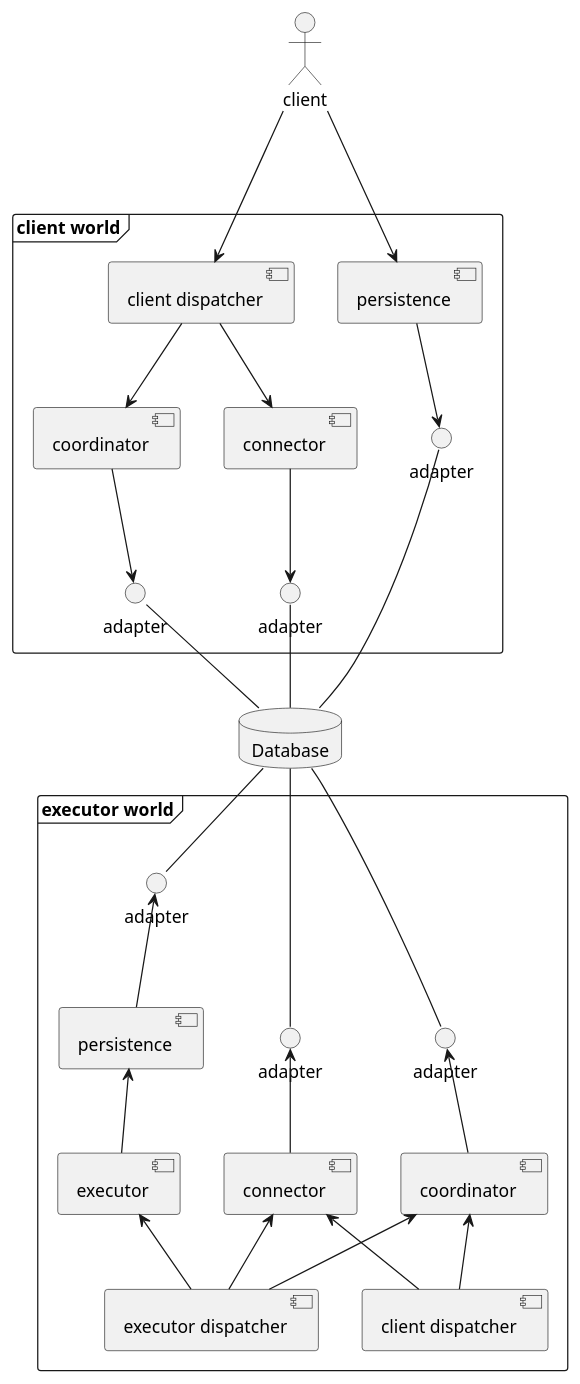
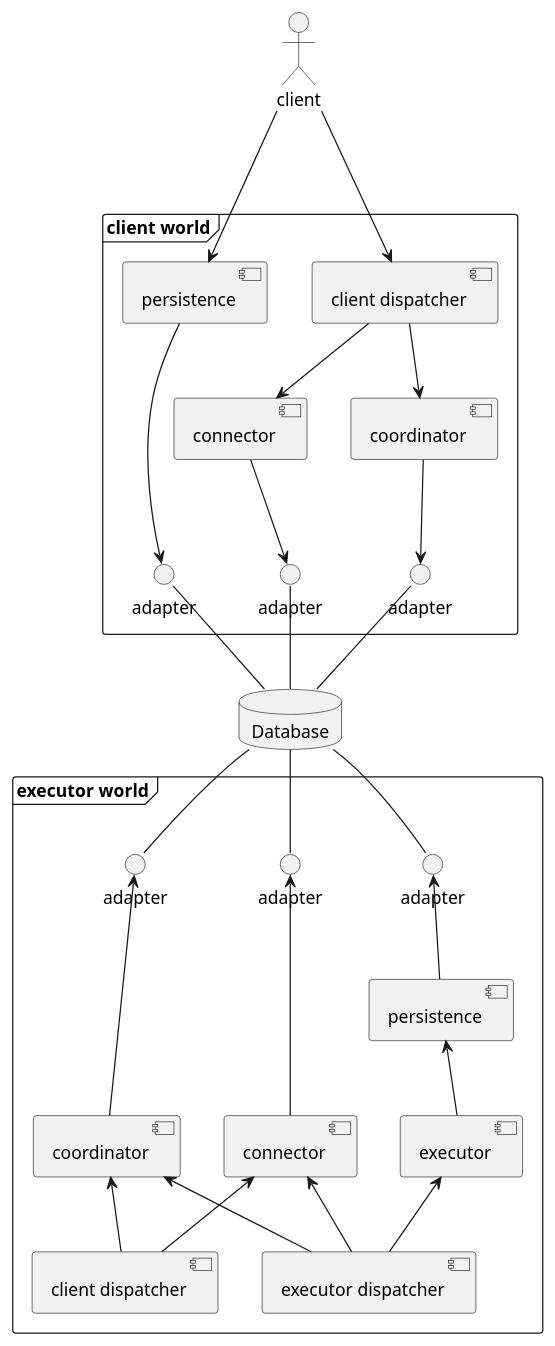
The third of 4 diagrams in doc/pages/source/documentation/index.md (Dynflow/dynflow), drawn with PlantUML before and after one commit. The commit also changed other lines of this file, not shown here.

Commit message:
Better layout for UML diagrams

```diff
--- a/doc/pages/source/documentation/index.md
+++ b/doc/pages/source/documentation/index.md
@@ -1094,47 +1094,47 @@
 {% plantuml %}
 
 actor client
 
 frame "client world" {
   interface adapter as ClientPersistenceAdapter
   interface adapter as ClientCoordinatorAdapter
   interface adapter as ClientConnectorAdapter
   component [coordinator] as ClientCoordinator
   component [persistence] as ClientPersistence
   component [connector] as ClientConnector
   component [client dispatcher] as ClientClientDispatcher
   [ClientCoordinator] -down-> ClientCoordinatorAdapter
   [ClientConnector] -down-> ClientConnectorAdapter
-  [ClientPersistence] -down-> ClientPersistenceAdapter
+  [ClientPersistence] -down--> ClientPersistenceAdapter
   [ClientClientDispatcher] --> [ClientConnector]
   [ClientClientDispatcher] --> [ClientCoordinator]
   client -down--> [ClientClientDispatcher]
   client -down--> [ClientPersistence]
 }
 
 frame "executor world" {
 interface adapter as PersistenceAdapter
 interface adapter as CoordinatorAdapter
 interface adapter as ConnectorAdapter
-[coordinator] -up-> CoordinatorAdapter
-[connector] -up-> ConnectorAdapter
+[coordinator] -up--> CoordinatorAdapter
+[connector] -up--> ConnectorAdapter
 [persistence] -up-> PersistenceAdapter
 [connector] <-- [client dispatcher]
 [connector] <-- [executor dispatcher]
 [executor] <-- [executor dispatcher]
 [coordinator] <-- [client dispatcher]
 [coordinator] <-- [executor dispatcher]
 [persistence] <-- [executor]
 }
 
 database "Database" as Database
 ClientPersistenceAdapter -down- Database
 Database -down- PersistenceAdapter
 
 ClientCoordinatorAdapter -down- Database
 Database -down- CoordinatorAdapter
 
 ClientConnectorAdapter -down- Database
 Database -down- ConnectorAdapter
 
 {% endplantuml %}
```
